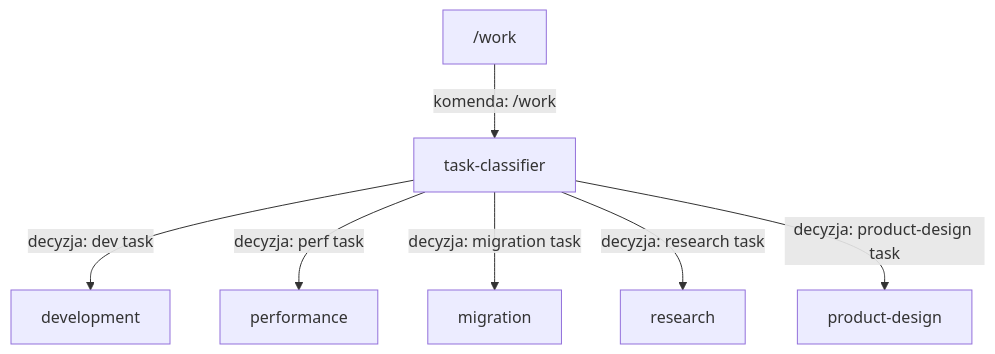
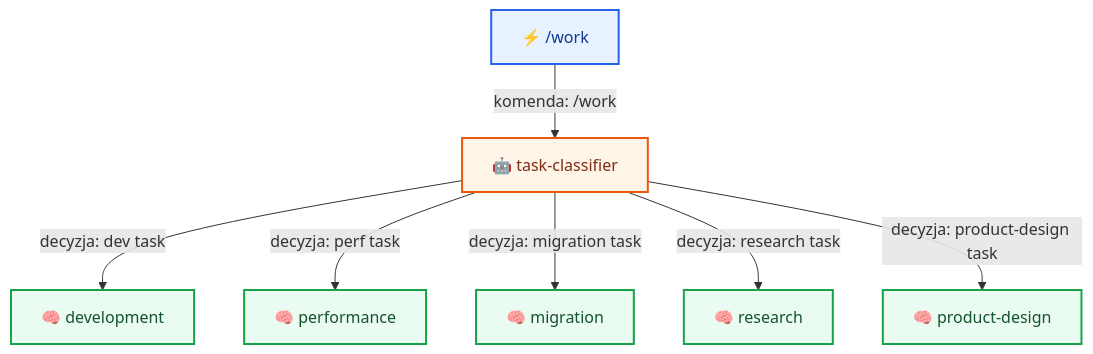
The second of 7 diagrams in docs/flow/overview.md (plucins/flowbit), drawn with Mermaid before and after one commit. The commit also changed other lines of this file and 1 other file, not shown here.

Commit message:
Enhance mermaid diagrams with icons and improved formatting in overview and workflows documentation

````diff
--- a/docs/flow/overview.md
+++ b/docs/flow/overview.md
@@ -48,9 +62,16 @@
 ```mermaid
 graph TD
-  WORK["/work"] -- "komenda: /work" --> CLASS["task-classifier"]
-  CLASS -- "decyzja: dev task" --> S_DEV["development"]
-  CLASS -- "decyzja: perf task" --> S_PERF["performance"]
-  CLASS -- "decyzja: migration task" --> S_MIG["migration"]
-  CLASS -- "decyzja: research task" --> S_RES["research"]
-  CLASS -- "decyzja: product-design task" --> S_PD["product-design"]
+  WORK["⚡ /work"] -- "komenda: /work" --> CLASS["🤖 task-classifier"]
+  CLASS -- "decyzja: dev task" --> S_DEV["🧠 development"]
+  CLASS -- "decyzja: perf task" --> S_PERF["🧠 performance"]
+  CLASS -- "decyzja: migration task" --> S_MIG["🧠 migration"]
+  CLASS -- "decyzja: research task" --> S_RES["🧠 research"]
+  CLASS -- "decyzja: product-design task" --> S_PD["🧠 product-design"]
+
+  classDef cmd fill:#E8F1FF,stroke:#2563EB,stroke-width:2px,color:#0B3A8F;
+  classDef skill fill:#EAFBF1,stroke:#16A34A,stroke-width:2px,color:#14532D;
+  classDef agent fill:#FFF4E8,stroke:#EA580C,stroke-width:2px,color:#7C2D12;
+  class WORK cmd;
+  class S_DEV,S_PERF,S_MIG,S_RES,S_PD skill;
+  class CLASS agent;
 ```
````
